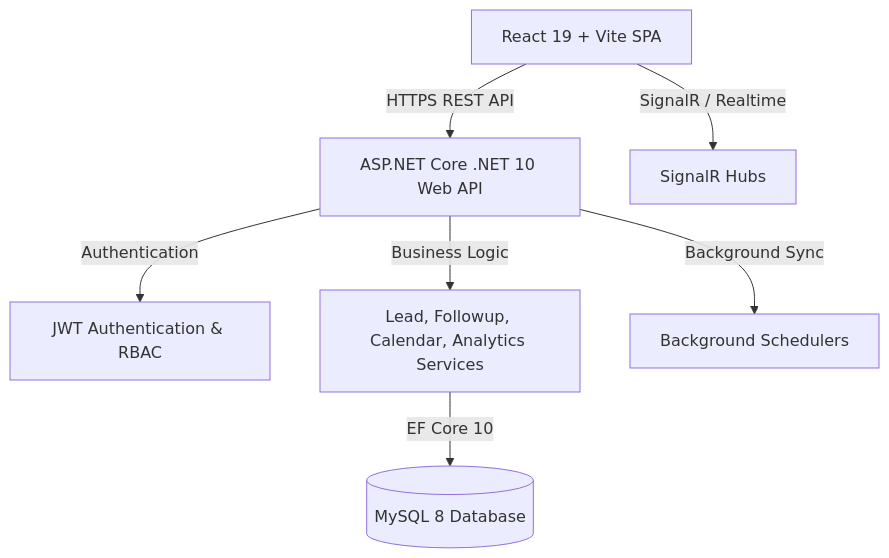
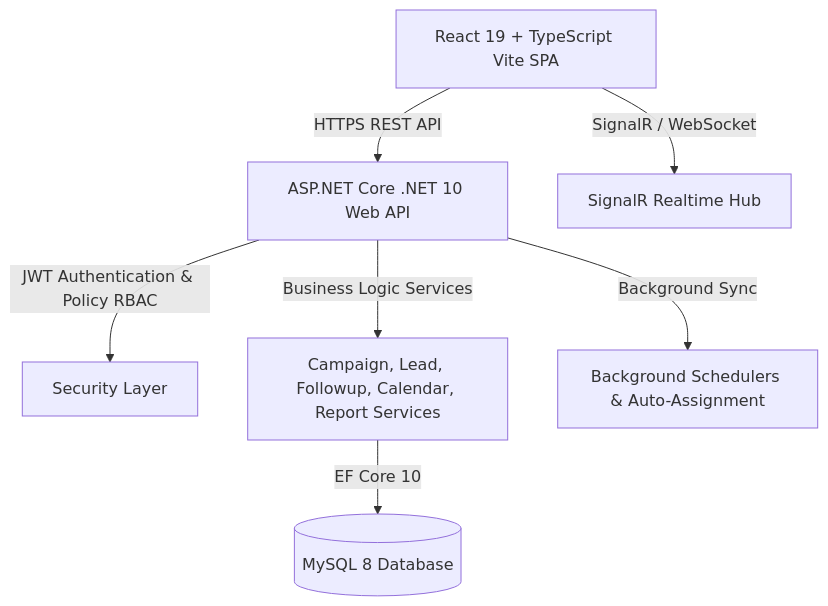
Before and after one commit to irauthan/LeadGrowth: the diagram in README.md, drawn with Mermaid. The commit also changed other lines of this file and 1 other file, not shown here.

````diff
--- a/README.md
+++ b/README.md
@@ -111,12 +97,11 @@
 ```mermaid
 graph TD
-    Client[React 19 + Vite SPA] -->|HTTPS REST API| DotNetAPI[ASP.NET Core .NET 10 Web API]
-    Client -->|SignalR / Realtime| Hubs[SignalR Hubs]
+    Client[React 19 + TypeScript Vite SPA] -->|HTTPS REST API| DotNetAPI[ASP.NET Core .NET 10 Web API]
+    Client -->|SignalR / WebSocket| Hubs[SignalR Realtime Hub]
     
-    DotNetAPI -->|Authentication| Sec[JWT Authentication & RBAC]
-    DotNetAPI -->|Business Logic| Services[Lead, Followup, Calendar, Analytics Services]
+    DotNetAPI -->|JWT Authentication & Policy RBAC| Sec[Security Layer]
+    DotNetAPI -->|Business Logic Services| Services[Campaign, Lead, Followup, Calendar, Report Services]
     
     Services -->|EF Core 10| DB[(MySQL 8 Database)]
-    
-    DotNetAPI -->|Background Sync| Sched[Background Schedulers]
+    DotNetAPI -->|Background Sync| Sched[Background Schedulers & Auto-Assignment]
 ```
````
